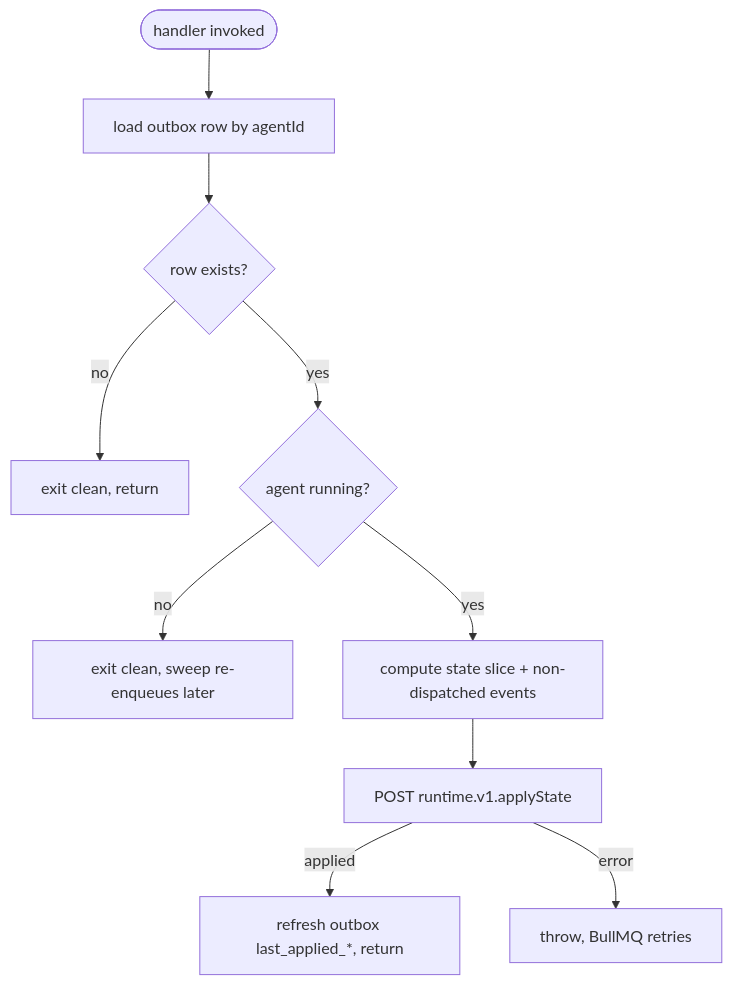
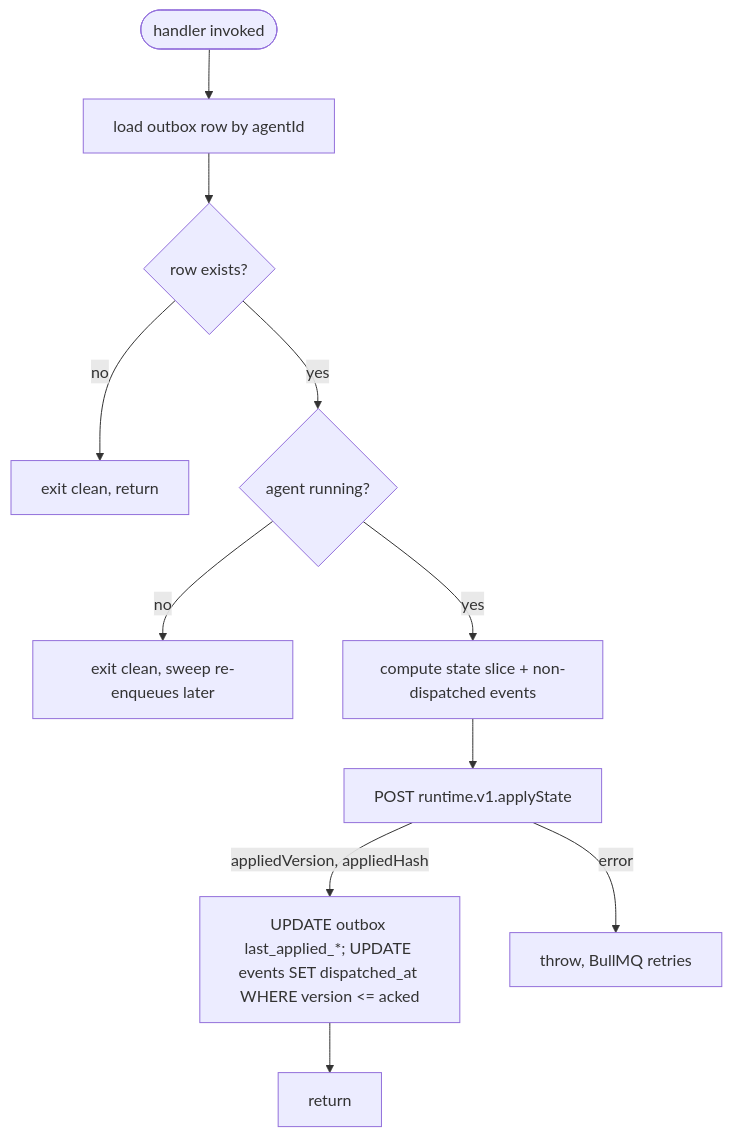
The sixth of 6 diagrams in docs/architecture/connections.md (dam-agents/dam), drawn with Mermaid before and after one commit. The commit also changed other lines of this file and 3 other files, not shown here.

````diff
--- a/docs/architecture/connections.md
+++ b/docs/architecture/connections.md
@@ -424,21 +411,22 @@
 ```mermaid
 flowchart TD
   handlerStart([handler invoked])
   load[load outbox row by agentId]
   exists{row exists?}
   noop[exit clean, return]
   check{agent running?}
   defer[exit clean, sweep re-enqueues later]
   compute[compute state slice + non-dispatched events]
   dispatch[POST runtime.v1.applyState]
-  ok[refresh outbox last_applied_*, return]
+  stamp[UPDATE outbox last_applied_*; UPDATE events SET dispatched_at WHERE version <= acked]
+  ok[return]
   fail[throw, BullMQ retries]
 
   handlerStart --> load --> exists
   exists -->|no| noop
   exists -->|yes| check
   check -->|no| defer
   check -->|yes| compute --> dispatch
-  dispatch -->|applied| ok
+  dispatch -->|appliedVersion, appliedHash| stamp --> ok
   dispatch -->|error| fail
 ```
````
